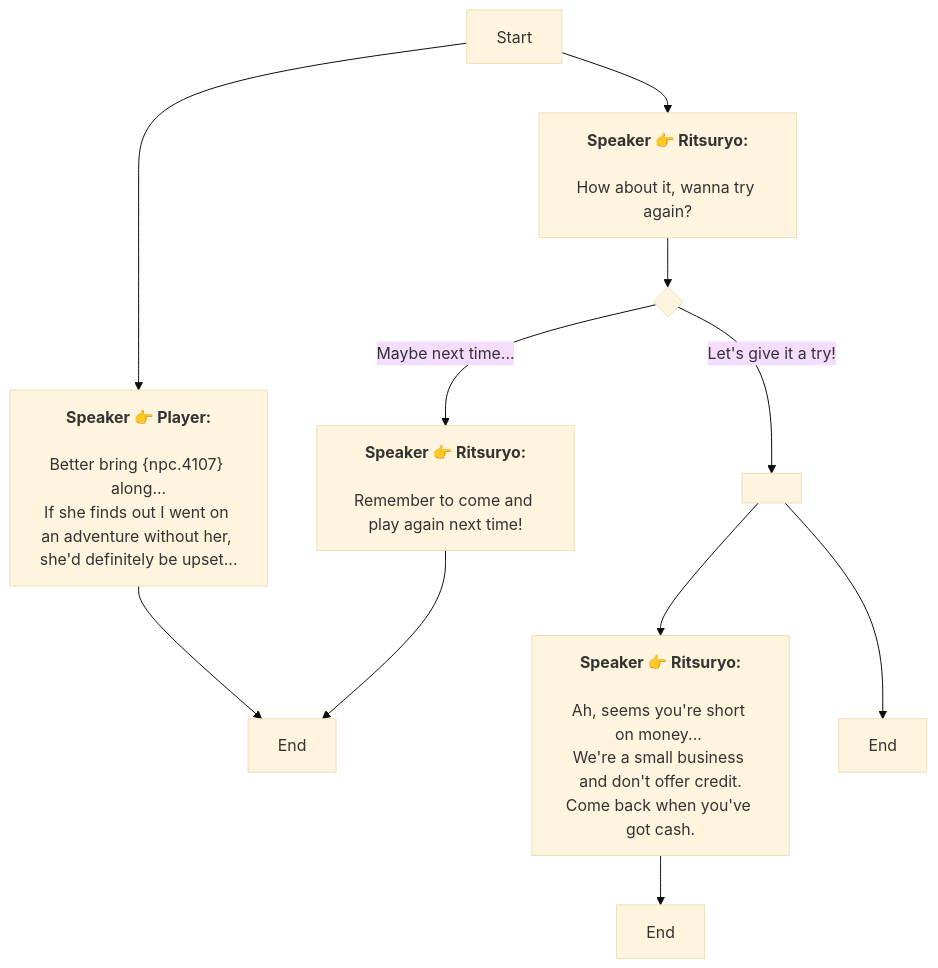
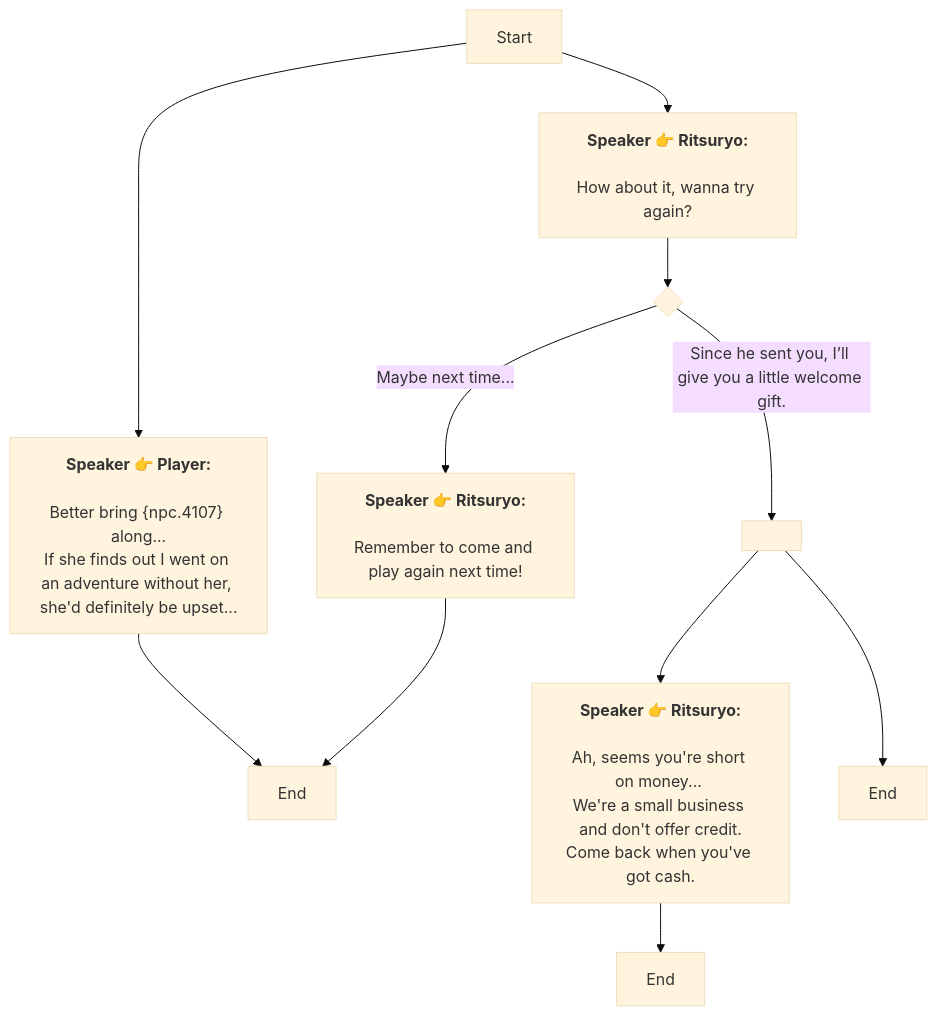
One commit to SoftHu/tos_avg changed the diagram in En/QuestTalkObjectiveNode_1739410435579068.md. Above: the diagram before and after it, drawn with Mermaid (base theme). The commit also changed 228 other files, not shown here.

````diff
--- a/En/QuestTalkObjectiveNode_1739410435579068.md
+++ b/En/QuestTalkObjectiveNode_1739410435579068.md
@@ -1,25 +1,25 @@
 ```mermaid
 graph
 Start -->1739504820563192[<b>Speaker 👉 Player:</b>
 
 Better bring &lbrace;npc.4107&rbrace; along...
 If she finds out I went on an adventure without her, she'd definitely be upset...]
 Start -->1739410498958538[<b>Speaker 👉 Ritsuryo:</b>
 
 How about it, wanna try again?]
 1739504820563192 -->1739410498959566[End]
 1739410498958538 -->1739410498959565{ }
-1739410498959565 -->|Let's give it a try!|1739410498959567[ ]
+1739410498959565 -->|Since he sent you, I’ll give you a little welcome gift.|1739410498959567[ ]
 1739410498959565 -->|Maybe next time...|1739505094255868[<b>Speaker 👉 Ritsuryo:</b>
 
 Remember to come and play again next time!]
 1739410498959567 -->1739410498960593[<b>Speaker 👉 Ritsuryo:</b>
 
 Ah, seems you're short on money... 
 We're a small business and don't offer credit.
 Come back when you've got cash.]
 1739410498959567 -->1739410498959568[End]
 1739410498960593 -->1739410498960594[End]
 1739505094255868 -->1739410498959566[End]
 
  ```
````
